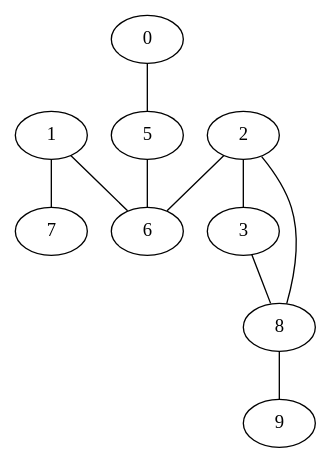
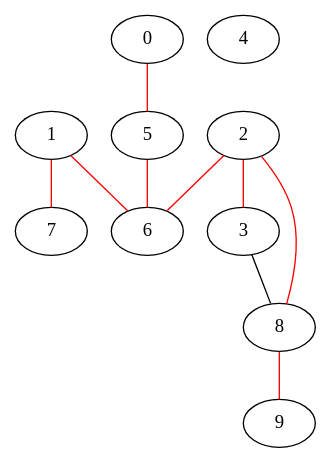
One commit to amitkvikram/CS2100 changed the diagram in week4/two.dot. Above: the diagram before and after it, drawn with Graphviz. The commit also changed 28 other files, not shown here.

Commit message:
Graph Thoery Started

```diff
--- a/week4/two.dot
+++ b/week4/two.dot
@@ -1,12 +1,15 @@
 graph two{
-	0 -- 5;
-	1 -- 6;
-	1 -- 7;
-	2 -- 3;
-	2 -- 6;
-	2 -- 8;
+	0 -- 5[color=red];
+	1 -- 6[color=red];
+	1 -- 7[color=red];
+	2 -- 3[color=red];
+	2 -- 6[color=red];
+	2 -- 8[color=red];
 	3 -- 8;
-	5 -- 6;
-	8 -- 9;
+	4;
+	5 -- 6[color=red];
+	6;
+	7;
+	8 -- 9[color=red];
 	9
 }
```
